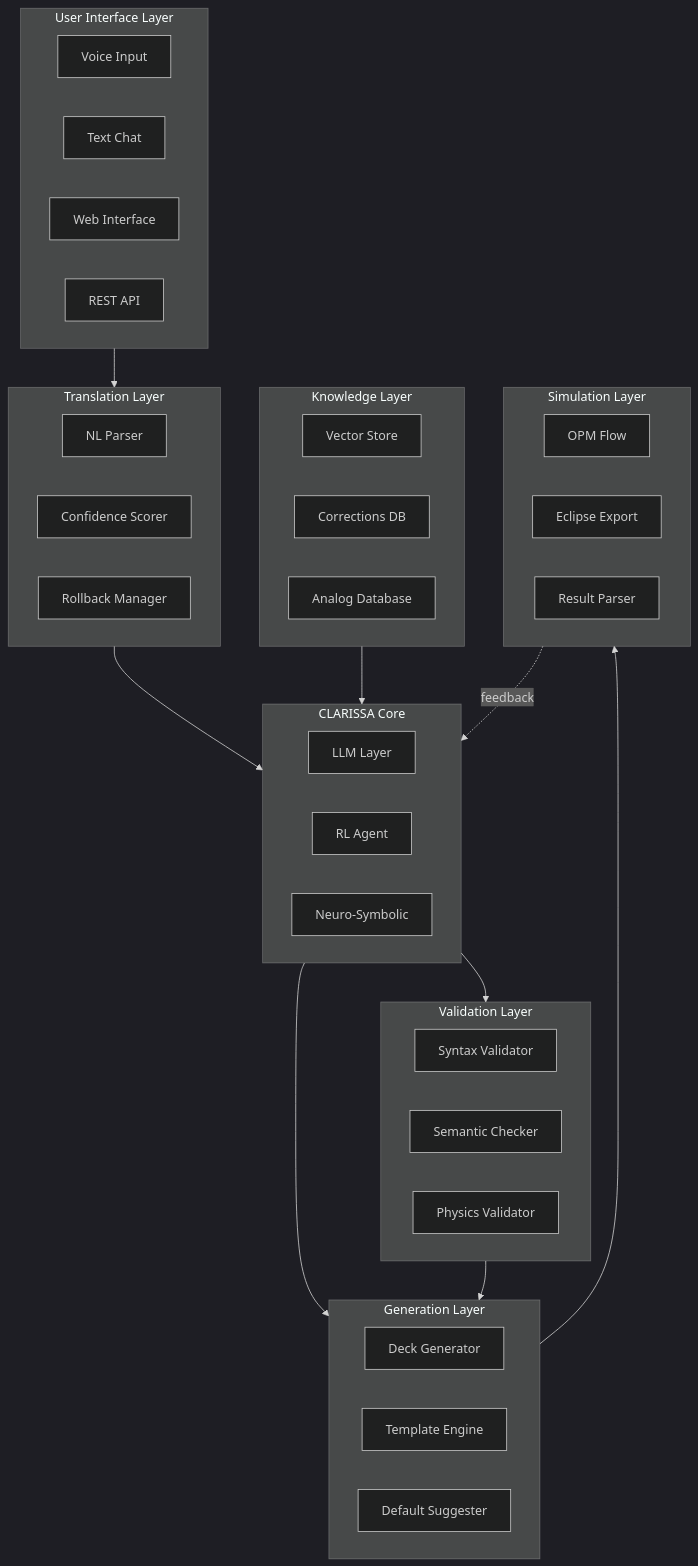
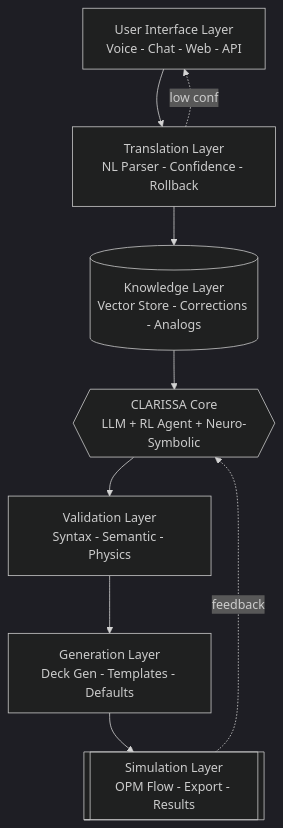
One commit to wolfram-laube/clarissa changed the first of 6 diagrams in conference/spe-europe-2026/sources/wolfram/abstract-merged.md. Above: the diagram before and after it, drawn with Mermaid (dark theme). The commit also changed other lines of this file, not shown here.

Commit message:
fix: simplify Diagram 1, fix Diagram 5 sequence commas

````diff
--- a/conference/spe-europe-2026/sources/wolfram/abstract-merged.md
+++ b/conference/spe-europe-2026/sources/wolfram/abstract-merged.md
@@ -44,54 +44,19 @@
 ```mermaid
 flowchart TB
-    subgraph USER["User Interface Layer"]
-        VOICE["Voice Input"]
-        TEXT["Text Chat"]
-        WEB["Web Interface"]
-        API["REST API"]
-    end
+    UI["User Interface Layer<br/>Voice - Chat - Web - API"]
+    TRANS["Translation Layer<br/>NL Parser - Confidence - Rollback"]
+    KNOW[("Knowledge Layer<br/>Vector Store - Corrections - Analogs")]
+    CORE{{"CLARISSA Core<br/>LLM + RL Agent + Neuro-Symbolic"}}
+    VALID["Validation Layer<br/>Syntax - Semantic - Physics"]
+    GEN["Generation Layer<br/>Deck Gen - Templates - Defaults"]
+    SIM[["Simulation Layer<br/>OPM Flow - Export - Results"]]
 
-    subgraph TRANSLATION["Translation Layer"]
-        NLP["NL Parser"]
-        CONF["Confidence Scorer"]
-        ROLL["Rollback Manager"]
-    end
-
-    subgraph KNOWLEDGE["Knowledge Layer"]
-        VS["Vector Store"]
-        CDB["Corrections DB"]
-        ANALOG["Analog Database"]
-    end
-
-    subgraph CORE["CLARISSA Core"]
-        LLM["LLM Layer"]
-        RL["RL Agent"]
-        NS["Neuro-Symbolic"]
-    end
-
-    subgraph VALIDATION["Validation Layer"]
-        SYN["Syntax Validator"]
-        SEM["Semantic Checker"]
-        PHYS["Physics Validator"]
-    end
-
-    subgraph GENERATION["Generation Layer"]
-        DECK["Deck Generator"]
-        TMPL["Template Engine"]
-        DEF["Default Suggester"]
-    end
-
-    subgraph SIMULATION["Simulation Layer"]
-        OPM["OPM Flow"]
-        ECL["Eclipse Export"]
-        RES["Result Parser"]
-    end
-
-    USER --> TRANSLATION
-    TRANSLATION --> CORE
-    KNOWLEDGE --> CORE
-    CORE --> VALIDATION
-    CORE --> GENERATION
-    VALIDATION --> GENERATION
-    GENERATION --> SIMULATION
-    SIMULATION -.->|feedback| CORE
+    UI --> TRANS
+    TRANS --> KNOW
+    KNOW --> CORE
+    CORE --> VALID
+    VALID --> GEN
+    GEN --> SIM
+    SIM -.->|feedback| CORE
+    TRANS -.->|low conf| UI
 ```
````
